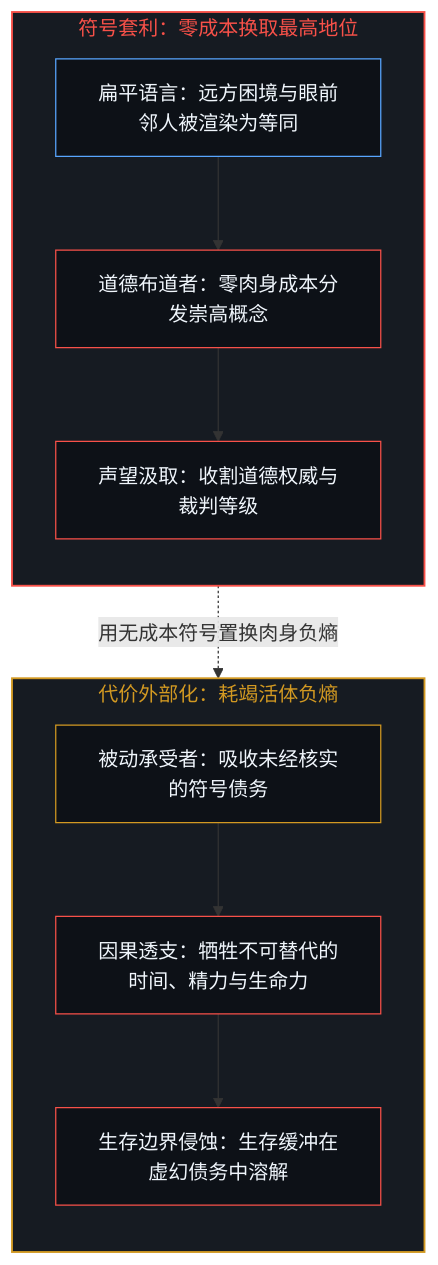
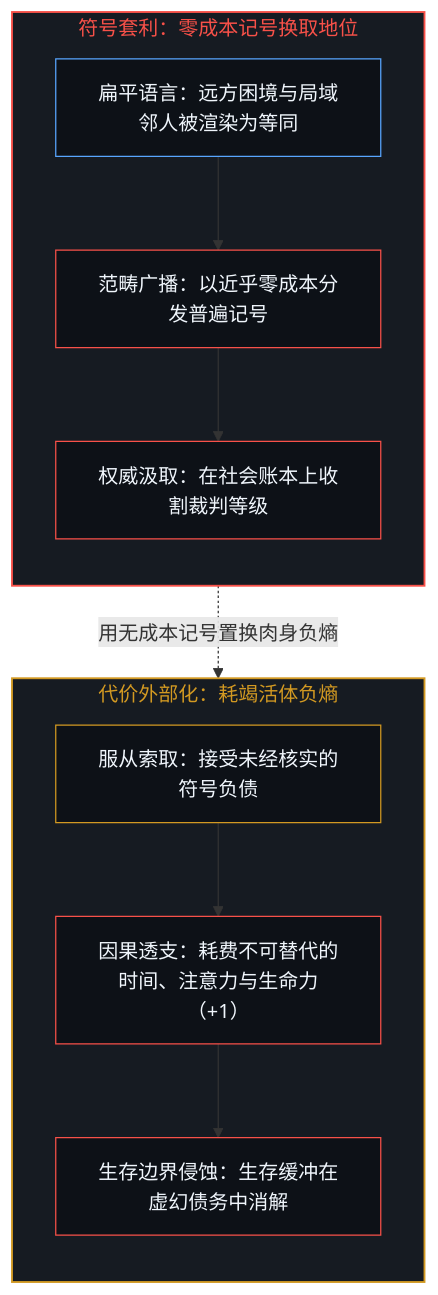
Before and after one commit to powerpig99/not-a-toe: the seventh of 8 diagrams in content/posts/abstract-pain-and-living-hunger.md, drawn with Mermaid. The commit also changed other lines of this file and 7 other files, not shown here.

````diff
--- a/content/posts/abstract-pain-and-living-hunger.md
+++ b/content/posts/abstract-pain-and-living-hunger.md
@@ -217,26 +217,26 @@
 ```mermaid
 flowchart TD
-    subgraph S_Arbitrage["符号套利：零成本换取最高地位"]
+    subgraph S_Arbitrage["符号套利：零成本记号换取地位"]
         direction TB
-        R1["扁平语言：远方困境与眼前邻人被渲染为等同"]
-        R2["道德布道者：零肉身成本分发崇高概念"]
-        R3["声望汲取：收割道德权威与裁判等级"]
+        R1["扁平语言：远方困境与局域邻人被渲染为等同"]
+        R2["范畴广播：以近乎零成本分发普遍记号"]
+        R3["权威汲取：在社会账本上收割裁判等级"]
     end
     subgraph S_Extraction["代价外部化：耗竭活体负熵"]
         direction TB
-        E1["被动承受者：吸收未经核实的符号债务"]
-        E2["因果透支：牺牲不可替代的时间、精力与生命力"]
-        E3["生存边界侵蚀：生存缓冲在虚幻债务中溶解"]
+        E1["服从索取：接受未经核实的符号负债"]
+        E2["因果透支：耗费不可替代的时间、注意力与生命力（+1）"]
+        E3["生存边界侵蚀：生存缓冲在虚幻债务中消解"]
     end
     R1 --> R2 --> R3
     E1 --> E2 --> E3
-    R2 -. "用无成本符号置换肉身负熵" .-> E2
+    R2 -. "用无成本记号置换肉身负熵" .-> E2
     style S_Arbitrage fill:#161b22,stroke:#f85149,stroke-width:1.5px,color:#f85149
     style S_Extraction fill:#161b22,stroke:#d29922,stroke-width:1.5px,color:#d29922
     style R1 fill:#0d1117,stroke:#58a6ff,stroke-width:1px,color:#f0f6fc
     style R2 fill:#0d1117,stroke:#f85149,stroke-width:1px,color:#f0f6fc
     style R3 fill:#0d1117,stroke:#f85149,stroke-width:1px,color:#f0f6fc
     style E1 fill:#0d1117,stroke:#d29922,stroke-width:1px,color:#f0f6fc
     style E2 fill:#0d1117,stroke:#f85149,stroke-width:1px,color:#f0f6fc
     style E3 fill:#0d1117,stroke:#f85149,stroke-width:1px,color:#f0f6fc
 ```
````
